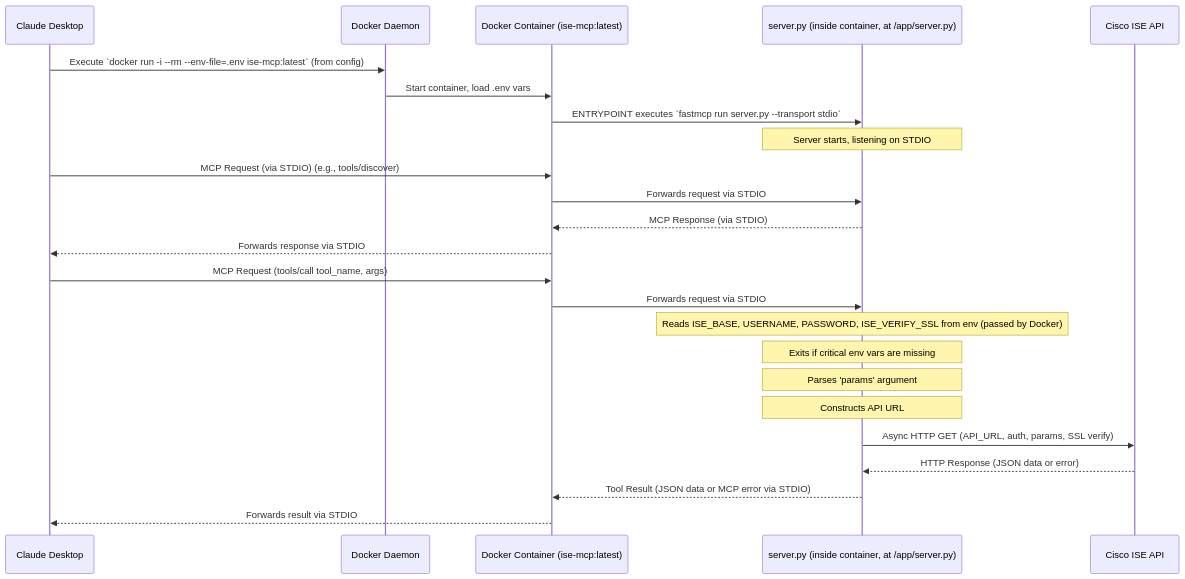
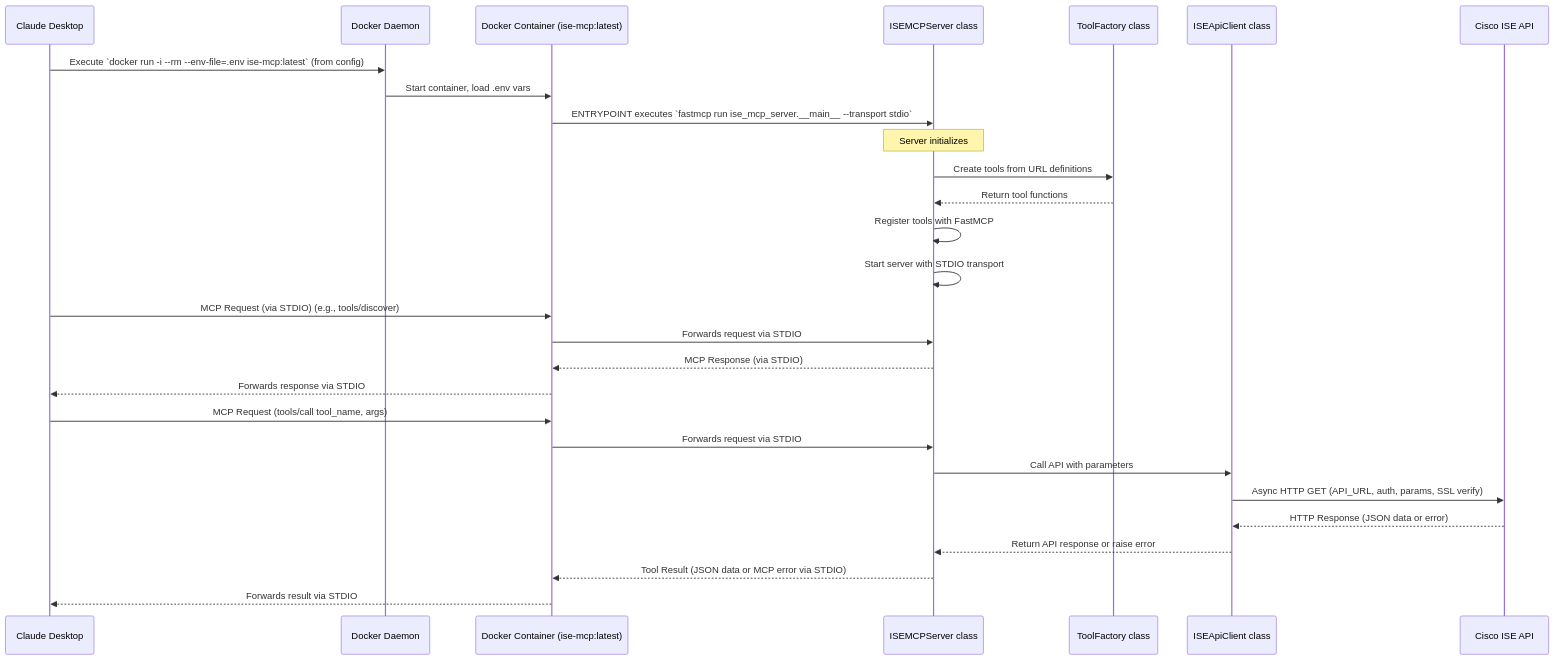
The diagram in memory-bank/systemPatterns.md (RobertBergman/ISE_MCP), drawn with Mermaid before and after one commit. The commit also changed other lines of this file and 33 other files, not shown here.

First line of the commit message:
refactor: Simplify project structure by removing cisco/ISE layer

````diff
--- a/memory-bank/systemPatterns.md
+++ b/memory-bank/systemPatterns.md
@@ -54,29 +102,33 @@
 ```mermaid
 sequenceDiagram
     participant ClaudeDesktop as Claude Desktop
     participant DockerDaemon as Docker Daemon
     participant DockerContainer as Docker Container (ise-mcp:latest)
-    participant FastMCPServer as server.py (inside container, at /app/server.py)
+    participant ISEMCPServer as ISEMCPServer class
+    participant ToolFactory as ToolFactory class
+    participant ISEApiClient as ISEApiClient class
     participant CiscoISE as Cisco ISE API
 
     ClaudeDesktop->>DockerDaemon: Execute `docker run -i --rm --env-file=.env ise-mcp:latest` (from config)
     DockerDaemon->>DockerContainer: Start container, load .env vars
-    DockerContainer->>FastMCPServer: ENTRYPOINT executes `fastmcp run server.py --transport stdio`
-    Note over FastMCPServer: Server starts, listening on STDIO
+    DockerContainer->>ISEMCPServer: ENTRYPOINT executes `fastmcp run ise_mcp_server.__main__ --transport stdio`
+    Note over ISEMCPServer: Server initializes
+    ISEMCPServer->>ToolFactory: Create tools from URL definitions
+    ToolFactory-->>ISEMCPServer: Return tool functions
+    ISEMCPServer->>ISEMCPServer: Register tools with FastMCP
+    ISEMCPServer->>ISEMCPServer: Start server with STDIO transport
 
     ClaudeDesktop->>DockerContainer: MCP Request (via STDIO) (e.g., tools/discover)
-    DockerContainer->>FastMCPServer: Forwards request via STDIO
-    FastMCPServer-->>DockerContainer: MCP Response (via STDIO)
+    DockerContainer->>ISEMCPServer: Forwards request via STDIO
+    ISEMCPServer-->>DockerContainer: MCP Response (via STDIO)
     DockerContainer-->>ClaudeDesktop: Forwards response via STDIO
 
     ClaudeDesktop->>DockerContainer: MCP Request (tools/call tool_name, args)
-    DockerContainer->>FastMCPServer: Forwards request via STDIO
-    Note over FastMCPServer: Reads ISE_BASE, USERNAME, PASSWORD, ISE_VERIFY_SSL from env (passed by Docker)
-    Note over FastMCPServer: Exits if critical env vars are missing
-    Note over FastMCPServer: Parses 'params' argument
-    Note over FastMCPServer: Constructs API URL
-    FastMCPServer->>CiscoISE: Async HTTP GET (API_URL, auth, params, SSL verify)
-    CiscoISE-->>FastMCPServer: HTTP Response (JSON data or error)
-    FastMCPServer-->>DockerContainer: Tool Result (JSON data or MCP error via STDIO)
+    DockerContainer->>ISEMCPServer: Forwards request via STDIO
+    ISEMCPServer->>ISEApiClient: Call API with parameters
+    ISEApiClient->>CiscoISE: Async HTTP GET (API_URL, auth, params, SSL verify)
+    CiscoISE-->>ISEApiClient: HTTP Response (JSON data or error)
+    ISEApiClient-->>ISEMCPServer: Return API response or raise error
+    ISEMCPServer-->>DockerContainer: Tool Result (JSON data or MCP error via STDIO)
     DockerContainer-->>ClaudeDesktop: Forwards result via STDIO
 ```
````
